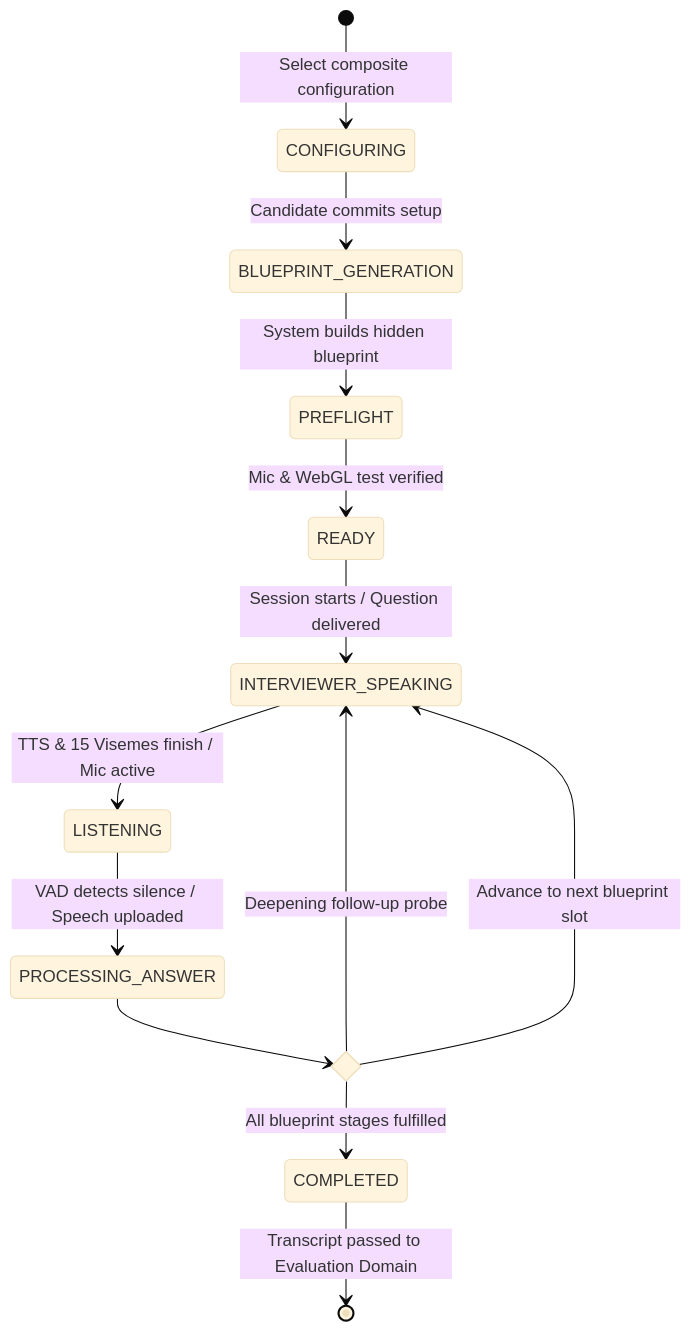
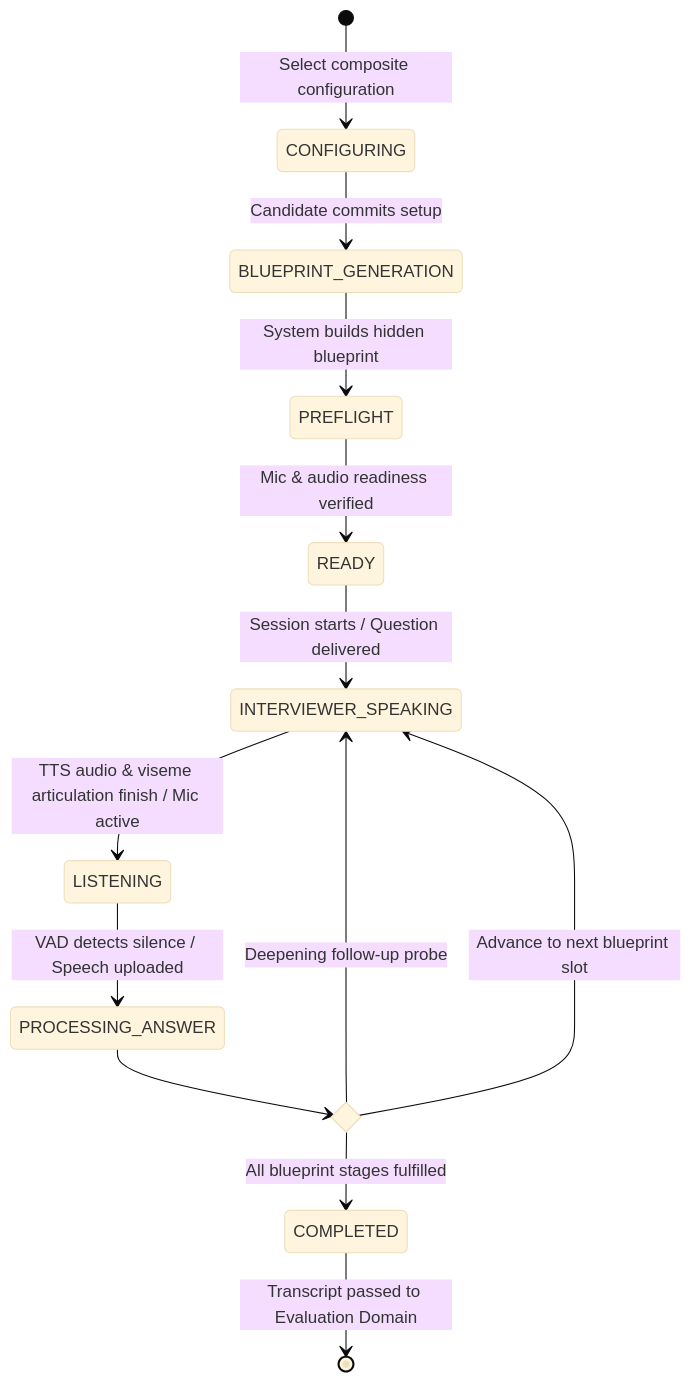
Before and after one commit to swp391-group3/ai-interview-practice-brain: the diagram in 01_Domains/Interview/README.md, drawn with Mermaid (base theme). The commit also changed other lines of this file and 17 other files, not shown here.

````diff
--- a/01_Domains/Interview/README.md
+++ b/01_Domains/Interview/README.md
@@ -59,19 +59,19 @@
 ```mermaid
 stateDiagram-v2
     [*] --> CONFIGURING: Select composite configuration
     CONFIGURING --> BLUEPRINT_GENERATION: Candidate commits setup
     BLUEPRINT_GENERATION --> PREFLIGHT: System builds hidden blueprint
-    PREFLIGHT --> READY: Mic & WebGL test verified
+    PREFLIGHT --> READY: Mic & audio readiness verified
     
     READY --> INTERVIEWER_SPEAKING: Session starts / Question delivered
-    INTERVIEWER_SPEAKING --> LISTENING: TTS & 15 Visemes finish / Mic active
+    INTERVIEWER_SPEAKING --> LISTENING: TTS audio & viseme articulation finish / Mic active
     LISTENING --> PROCESSING_ANSWER: VAD detects silence / Speech uploaded
     
     state AdaptiveProbing <<choice>>
     PROCESSING_ANSWER --> AdaptiveProbing
     AdaptiveProbing --> INTERVIEWER_SPEAKING: Deepening follow-up probe
     AdaptiveProbing --> INTERVIEWER_SPEAKING: Advance to next blueprint slot
     AdaptiveProbing --> COMPLETED: All blueprint stages fulfilled
     
     COMPLETED --> [*]: Transcript passed to Evaluation Domain
 ```
````
